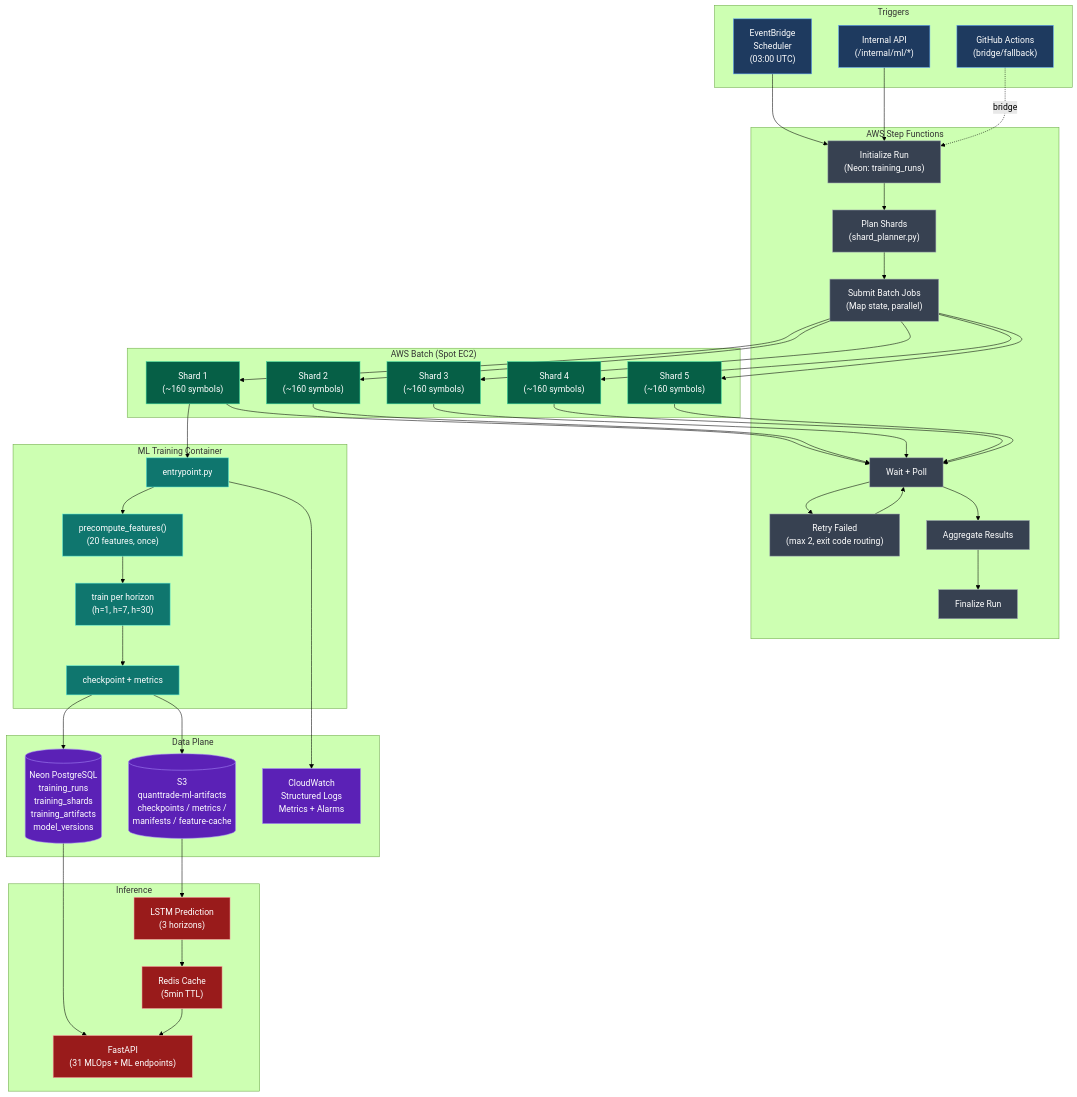
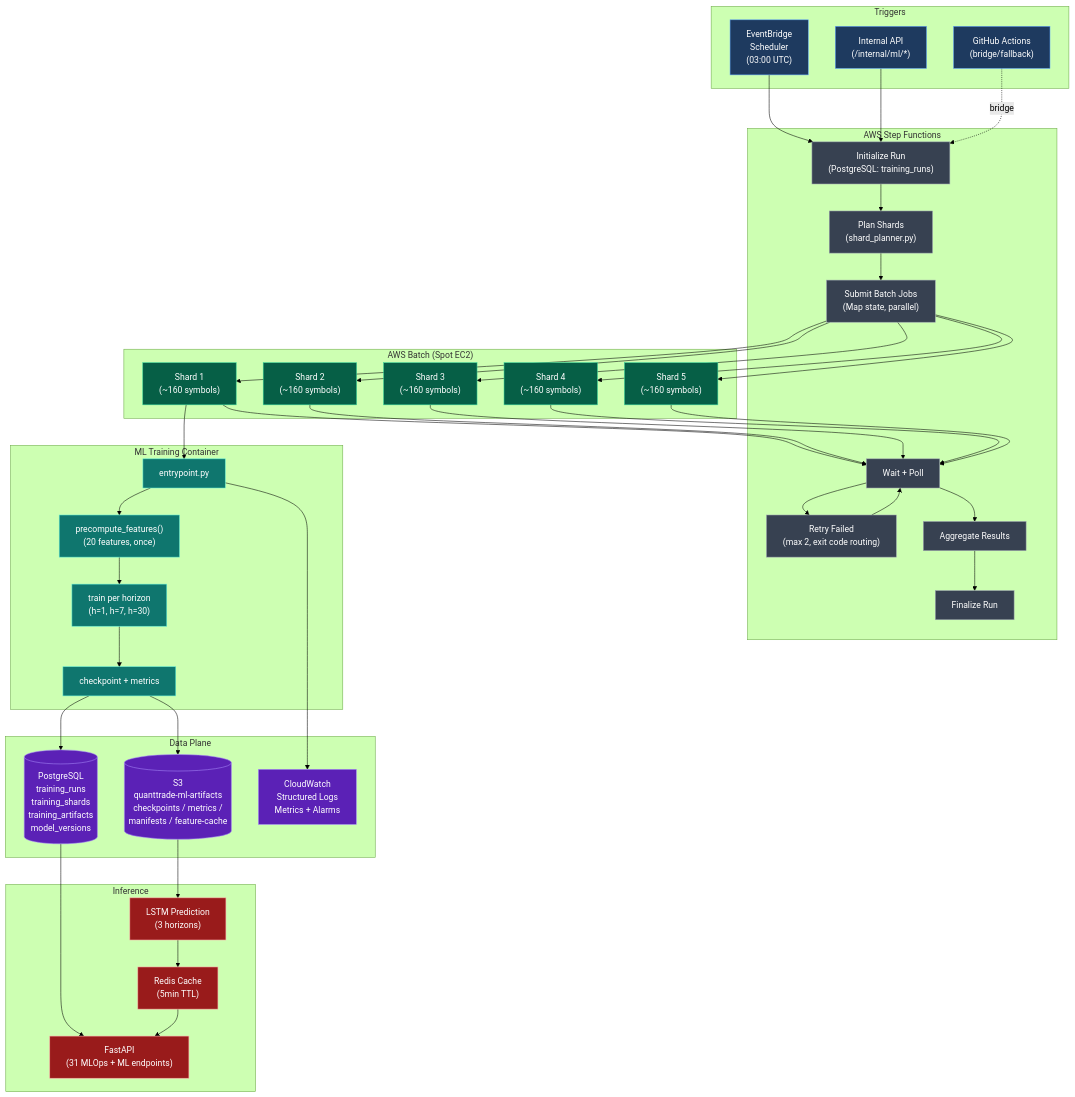
One commit to YashJoshi2109/QuantTrade-AI changed diagram 11 of 12 in README.md. Above: the diagram before and after it, drawn with Mermaid (forest theme). The commit also changed other lines of this file and 175 other files, not shown here.

````diff
--- a/README.md
+++ b/README.md
@@ -801,77 +801,77 @@
 ```mermaid
 flowchart TD
     subgraph Triggers ["Triggers"]
         EB["EventBridge\nScheduler\n(03:00 UTC)"]
         API["Internal API\n(/internal/ml/*)"]
         GHA["GitHub Actions\n(bridge/fallback)"]
     end
 
     subgraph Orchestration ["AWS Step Functions"]
-        Init["Initialize Run\n(Neon: training_runs)"]
+        Init["Initialize Run\n(PostgreSQL: training_runs)"]
         Plan["Plan Shards\n(shard_planner.py)"]
         Submit["Submit Batch Jobs\n(Map state, parallel)"]
         Wait["Wait + Poll"]
         Retry["Retry Failed\n(max 2, exit code routing)"]
         Agg["Aggregate Results"]
         Final["Finalize Run"]
     end
 
     subgraph Compute ["AWS Batch (Spot EC2)"]
         S1["Shard 1\n(~160 symbols)"]
         S2["Shard 2\n(~160 symbols)"]
         S3["Shard 3\n(~160 symbols)"]
         S4["Shard 4\n(~160 symbols)"]
         S5["Shard 5\n(~160 symbols)"]
     end
 
     subgraph Container ["ML Training Container"]
         Entry["entrypoint.py"]
         Feat["precompute_features()\n(20 features, once)"]
         Train["train per horizon\n(h=1, h=7, h=30)"]
         Ckpt["checkpoint + metrics"]
     end
 
     subgraph Storage ["Data Plane"]
         S3B[("S3\nquanttrade-ml-artifacts\ncheckpoints / metrics /\nmanifests / feature-cache")]
-        Neon[("Neon PostgreSQL\ntraining_runs\ntraining_shards\ntraining_artifacts\nmodel_versions")]
+        MetaDB[("PostgreSQL\ntraining_runs\ntraining_shards\ntraining_artifacts\nmodel_versions")]
         CW["CloudWatch\nStructured Logs\nMetrics + Alarms"]
     end
 
     subgraph Serving ["Inference"]
         FAPI["FastAPI\n(31 MLOps + ML endpoints)"]
         Pred["LSTM Prediction\n(3 horizons)"]
         Cache["Redis Cache\n(5min TTL)"]
     end
 
     EB --> Init
     API --> Init
     GHA -.->|bridge| Init
     Init --> Plan --> Submit
     Submit --> S1 & S2 & S3 & S4 & S5
     S1 & S2 & S3 & S4 & S5 --> Wait
     Wait --> Retry --> Wait
     Wait --> Agg --> Final
 
     S1 --> Entry --> Feat --> Train --> Ckpt
     Ckpt --> S3B
-    Ckpt --> Neon
+    Ckpt --> MetaDB
     Entry --> CW
 
     S3B --> Pred
-    Neon --> FAPI
+    MetaDB --> FAPI
     Pred --> Cache --> FAPI
 
     classDef trigger fill:#1e3a5f,stroke:#60a5fa,color:#fff
     classDef orch fill:#374151,stroke:#9ca3af,color:#fff
     classDef compute fill:#065f46,stroke:#34d399,color:#fff
     classDef container fill:#0f766e,stroke:#5eead4,color:#fff
     classDef storage fill:#5b21b6,stroke:#a78bfa,color:#fff
     classDef serve fill:#991b1b,stroke:#fca5a5,color:#fff
 
     class EB,API,GHA trigger
     class Init,Plan,Submit,Wait,Retry,Agg,Final orch
     class S1,S2,S3,S4,S5 compute
     class Entry,Feat,Train,Ckpt container
-    class S3B,Neon,CW storage
+    class S3B,MetaDB,CW storage
     class FAPI,Pred,Cache serve
 ```
````
